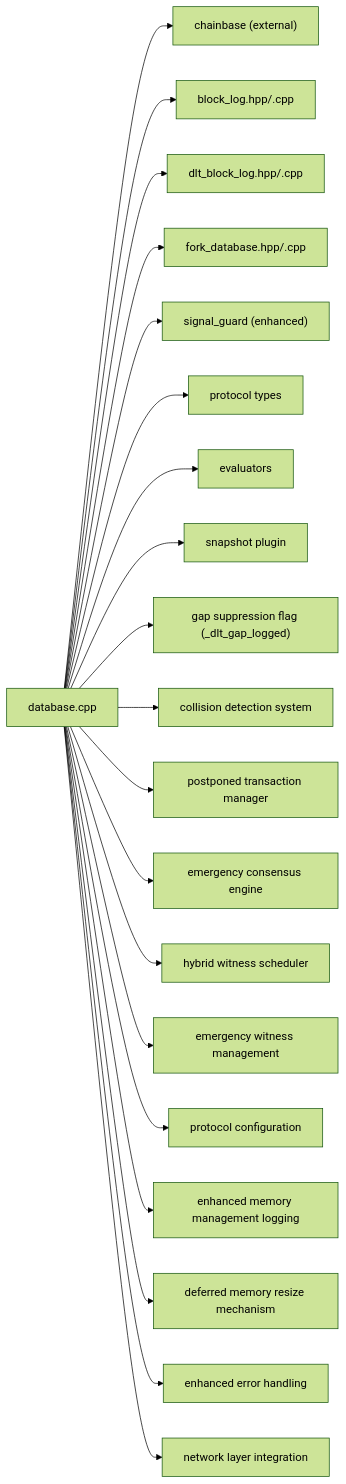
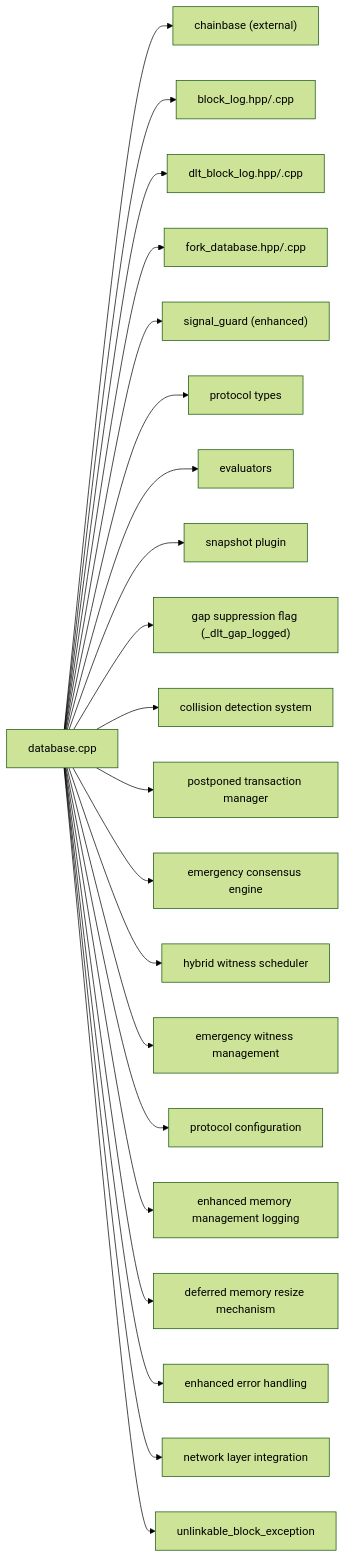
One commit to VIZ-Blockchain/viz-cpp-node changed diagram 24 of 24 in .qoder/repowiki/en/content/Architecture Overview/Core Libraries/Chain Library/Database Management/Database Management.md. Above: the diagram before and after it, drawn with Mermaid (forest theme). The commit also changed other lines of this file and 4 other files, not shown here.

````diff
--- a/.qoder/repowiki/en/content/Architecture Overview/Core Libraries/Chain Library/Database Management/Database Management.md
+++ b/.qoder/repowiki/en/content/Architecture Overview/Core Libraries/Chain Library/Database Management/Database Management.md
@@ -1091,22 +1166,23 @@
 ```mermaid
 graph LR
 DB["database.cpp"] --> CB["chainbase (external)"]
 DB --> BL["block_log.hpp/.cpp"]
 DB --> DLT["dlt_block_log.hpp/.cpp"]
 DB --> FD["fork_database.hpp/.cpp"]
 DB --> SG["signal_guard (enhanced)"]
 DB --> PT["protocol types"]
 DB --> EV["evaluators"]
 DB --> SNAP["snapshot plugin"]
 DB --> GAP["gap suppression flag (_dlt_gap_logged)"]
 DB --> COLL["collision detection system"]
 DB --> POST["postponed transaction manager"]
 DB --> EMER["emergency consensus engine"]
 DB --> HYBRID["hybrid witness scheduler"]
 DB --> WITNESS["emergency witness management"]
 DB --> PROTO["protocol configuration"]
 DB --> MEMLOG["enhanced memory management logging"]
 DB --> DEFER["deferred memory resize mechanism"]
 DB --> ERROR["enhanced error handling"]
 DB --> NETWORK["network layer integration"]
+DB --> UNLINK["unlinkable_block_exception"]
 ```
````
